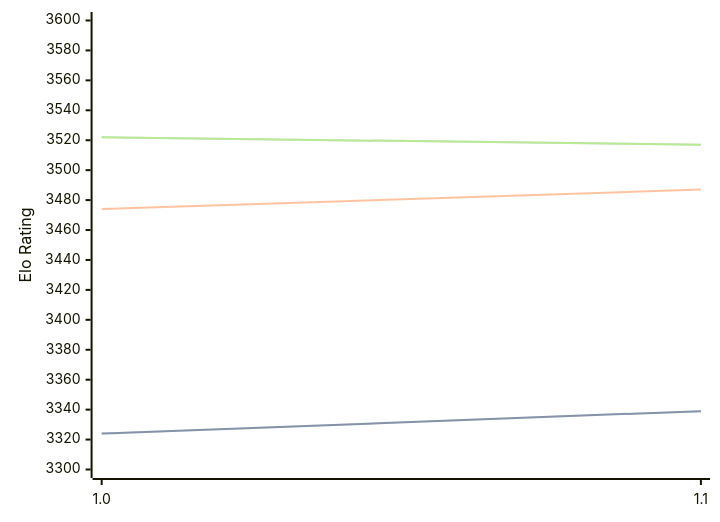
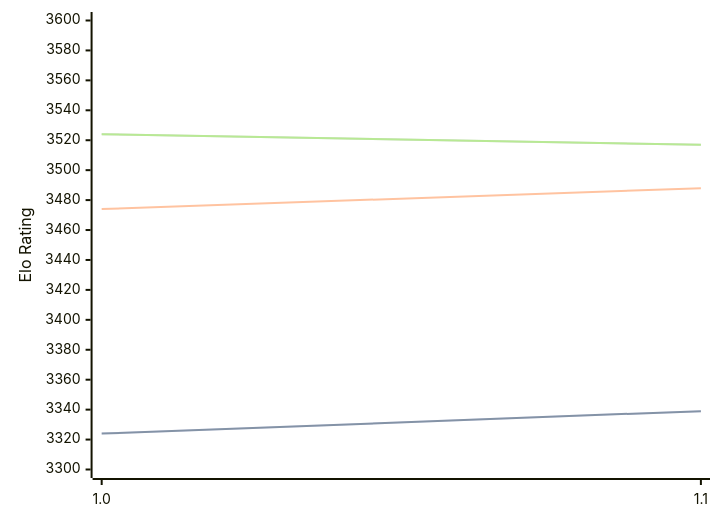
One commit to computer-chess-index/cci changed the third of 3 diagrams in engines/Horsie.md. Above: the diagram before and after it, drawn with Mermaid. The commit also changed other lines of this file, not shown here.

Commit message:
Update CCI Ratings (ELO VLTC) - 2026-07-08

````diff
--- a/engines/Horsie.md
+++ b/engines/Horsie.md
@@ -65,11 +65,11 @@
 ```mermaid
 %%{init: {"theme":"base","themeVariables":{"seriesColors:['#a3a3a3','#222221','#faa371']}}}%%
 xychart-beta
   x-axis ["1.0", "1.1"]
   y-axis "Elo Rating" 3300 --> 3600
   line "STC (8.0+0.08s)" [3324, 3339]
   line "STC (8.0+0.08s)" [3324, 3339]
-  line "LTC (60.0+0.60s)" [3474, 3487]
-  line "VLTC (2m24s+1.12s)" [3522, 3517]
-  line "VLTC (2m24s+1.12s)" [3522, 3517]
+  line "LTC (60.0+0.60s)" [3474, 3488]
+  line "VLTC (2m24s+1.12s)" [3524, 3517]
+  line "VLTC (2m24s+1.12s)" [3524, 3517]
 ```
````
